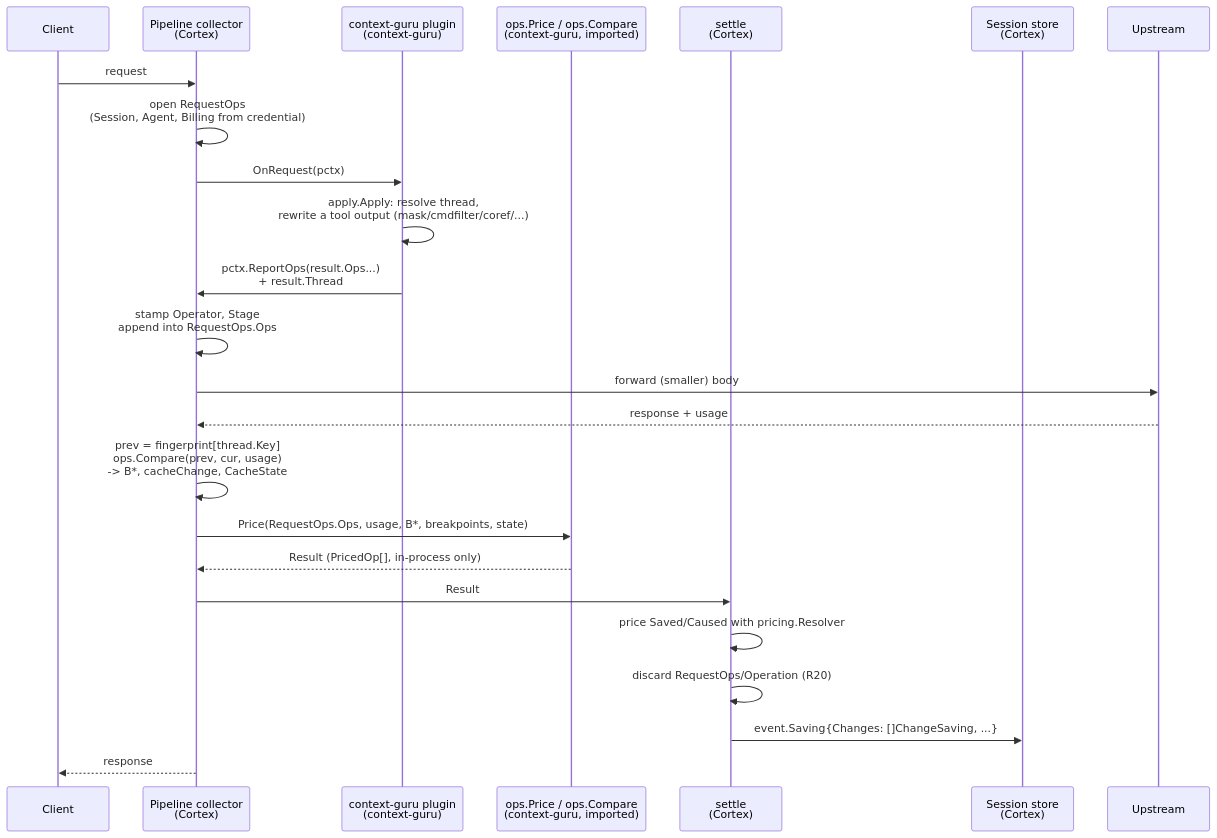
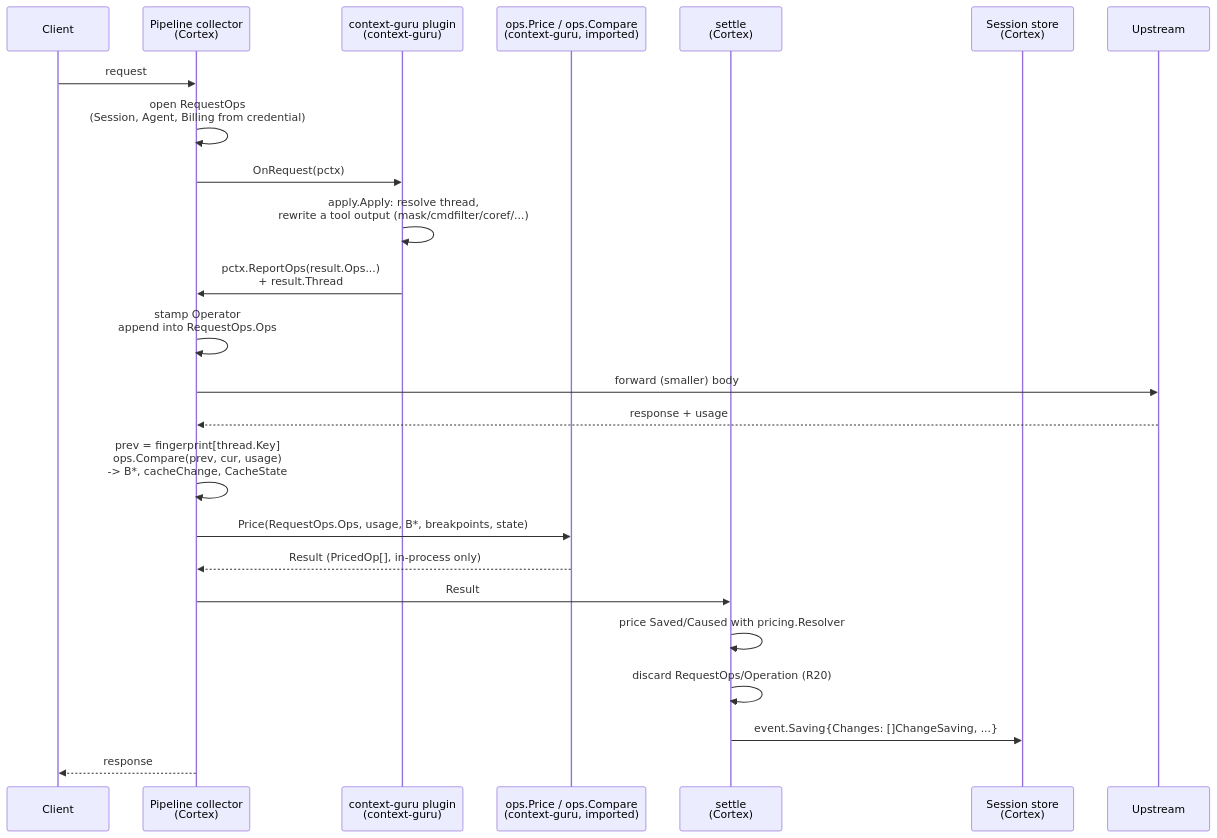
One commit to rossoctl/context-guru changed the first of 3 diagrams in docs/superpowers/specs/2026-10-18-context-operations-cortex-wiring.md. Above: the diagram before and after it, drawn with Mermaid. The commit also changed 2 other files, not shown here.

Commit message:
docs: Remove Operation.Stage from the context operations model
The operations are already in pipeline order, so the stage number added
nothing the order did not say.

````diff
--- a/docs/superpowers/specs/2026-10-18-context-operations-cortex-wiring.md
+++ b/docs/superpowers/specs/2026-10-18-context-operations-cortex-wiring.md
@@ -126,27 +126,27 @@
 ```mermaid
 sequenceDiagram
     participant Client
     participant Pipeline as Pipeline collector<br/>(Cortex)
     participant Plugin as context-guru plugin<br/>(context-guru)
     participant Ops as ops.Price / ops.Compare<br/>(context-guru, imported)
     participant Settle as settle<br/>(Cortex)
     participant Store as Session store<br/>(Cortex)
     participant Upstream
 
     Client->>Pipeline: request
     Pipeline->>Pipeline: open RequestOps<br/>(Session, Agent, Billing from credential)
     Pipeline->>Plugin: OnRequest(pctx)
     Plugin->>Plugin: apply.Apply: resolve thread,<br/>rewrite a tool output (mask/cmdfilter/coref/...)
     Plugin->>Pipeline: pctx.ReportOps(result.Ops...)<br/>+ result.Thread
-    Pipeline->>Pipeline: stamp Operator, Stage<br/>append into RequestOps.Ops
+    Pipeline->>Pipeline: stamp Operator<br/>append into RequestOps.Ops
     Pipeline->>Upstream: forward (smaller) body
     Upstream-->>Pipeline: response + usage
     Pipeline->>Pipeline: prev = fingerprint[thread.Key]<br/>ops.Compare(prev, cur, usage)<br/>-> B*, cacheChange, CacheState
     Pipeline->>Ops: Price(RequestOps.Ops, usage, B*, breakpoints, state)
     Ops-->>Pipeline: Result (PricedOp[], in-process only)
     Pipeline->>Settle: Result
     Settle->>Settle: price Saved/Caused with pricing.Resolver
     Settle->>Settle: discard RequestOps/Operation (R20)
     Settle->>Store: event.Saving{Changes: []ChangeSaving, ...}
     Pipeline-->>Client: response
 ```
````
